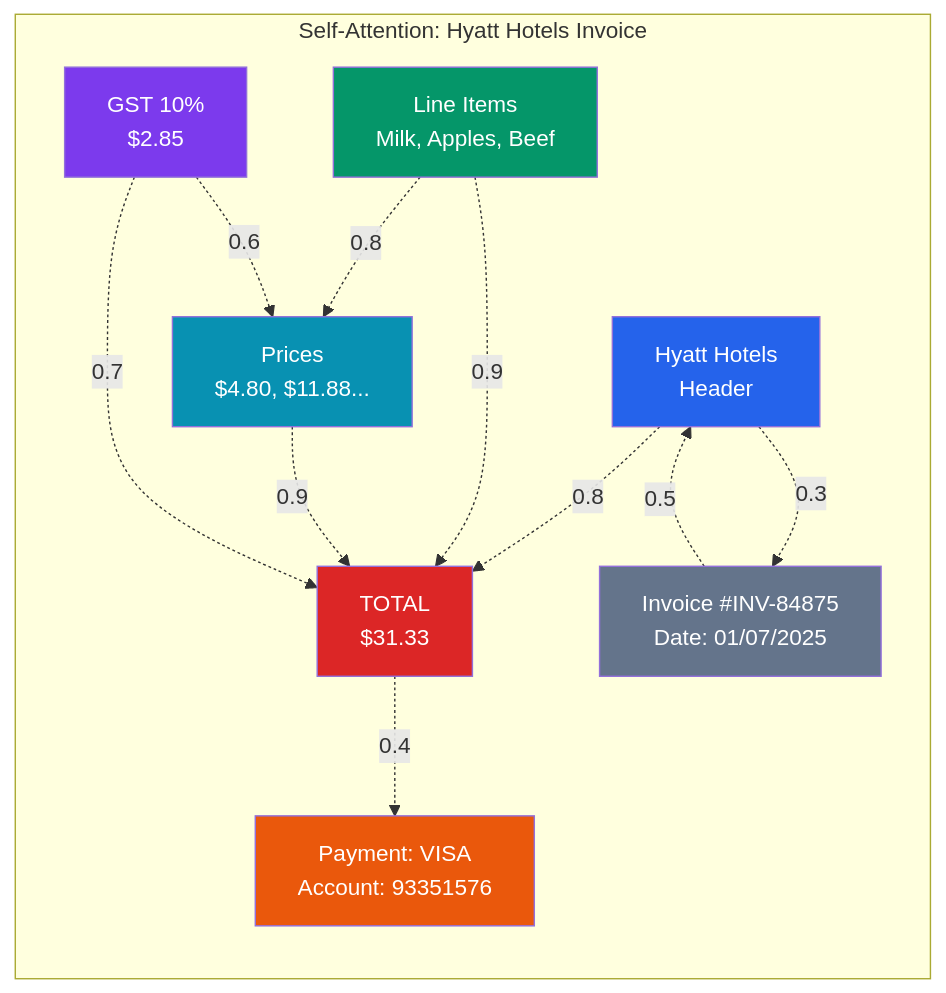
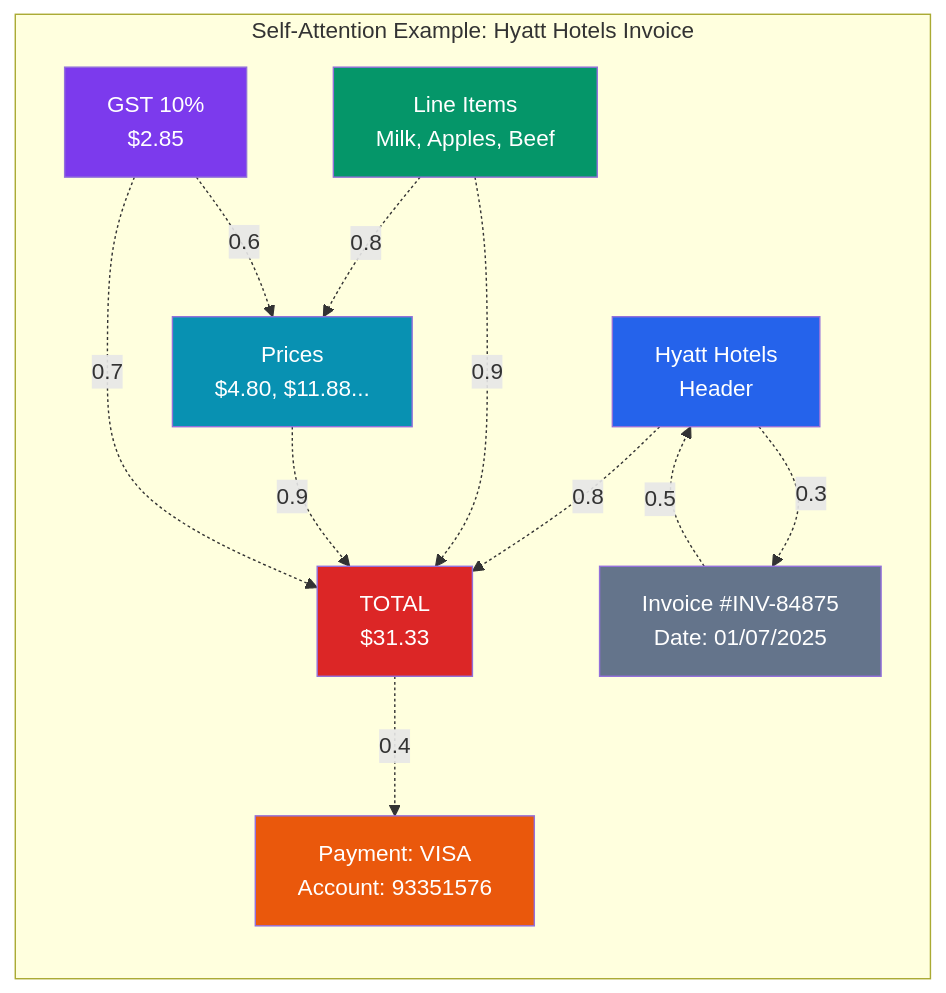
Before and after one commit to tmnestor/unified_vision_processor_minimal: the diagram in presentation_materials/presentation_diagrams/mermaid_exports/Self_Attention_Hyatt_Invoice.mmd, drawn with Mermaid. The commit also changed 3 other files, not shown here.

Commit message:
✨ feat: update Self-Attention diagram and presentation materials for clarity and consistency

```diff
--- a/presentation_materials/presentation_diagrams/mermaid_exports/Self_Attention_Hyatt_Invoice.mmd
+++ b/presentation_materials/presentation_diagrams/mermaid_exports/Self_Attention_Hyatt_Invoice.mmd
@@ -1,21 +1,21 @@
 graph LR
-    subgraph "Self-Attention: Hyatt Hotels Invoice"
+    subgraph "Self-Attention Example: Hyatt Hotels Invoice"
         P1[Hyatt Hotels<br/>Header] -.->|0.8| P5[TOTAL<br/>$31.33]
         P2[Line Items<br/>Milk, Apples, Beef] -.->|0.9| P5
         P3[Prices<br/>$4.80, $11.88...] -.->|0.9| P5
         P4[GST 10%<br/>$2.85] -.->|0.7| P5
         P5 -.->|0.4| P6[Payment: VISA<br/>Account: 93351576]
         
         P1 -.->|0.3| P7[Invoice #INV-84875<br/>Date: 01/07/2025]
         P2 -.->|0.8| P3
         P4 -.->|0.6| P3
         P7 -.->|0.5| P1
     end
     
     style P1 fill:#2563eb,color:#fff
     style P2 fill:#059669,color:#fff
     style P3 fill:#0891b2,color:#fff
     style P4 fill:#7c3aed,color:#fff
     style P5 fill:#dc2626,color:#fff
     style P6 fill:#ea580c,color:#fff
     style P7 fill:#64748b,color:#fff
```
